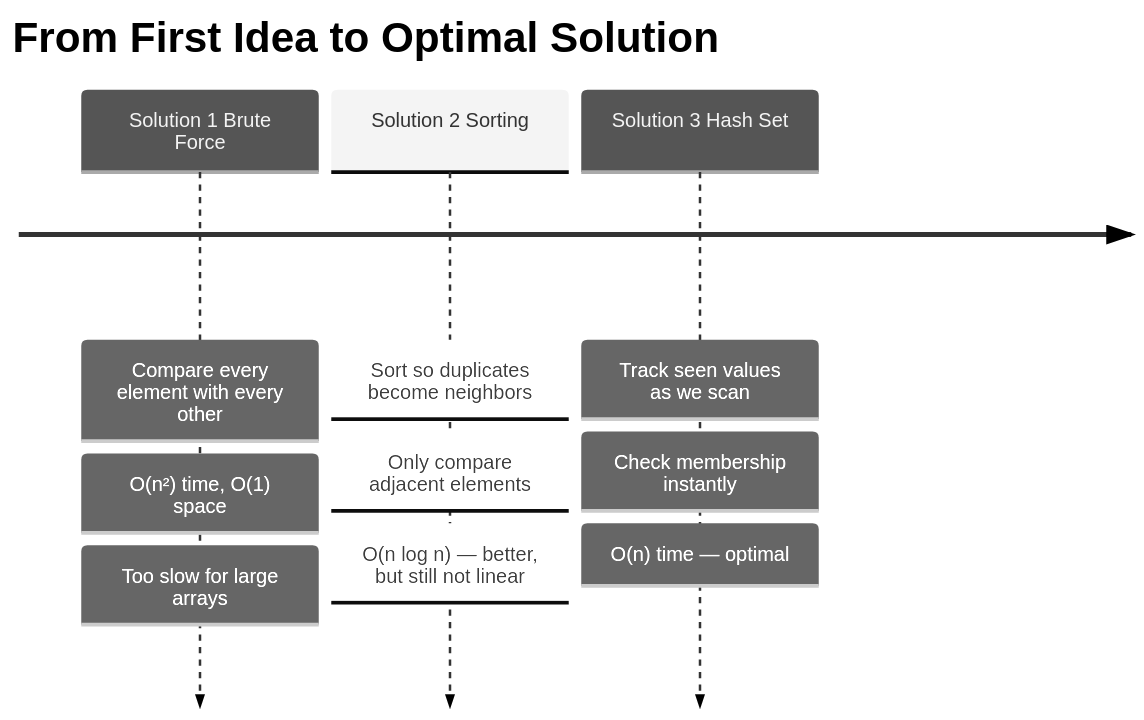
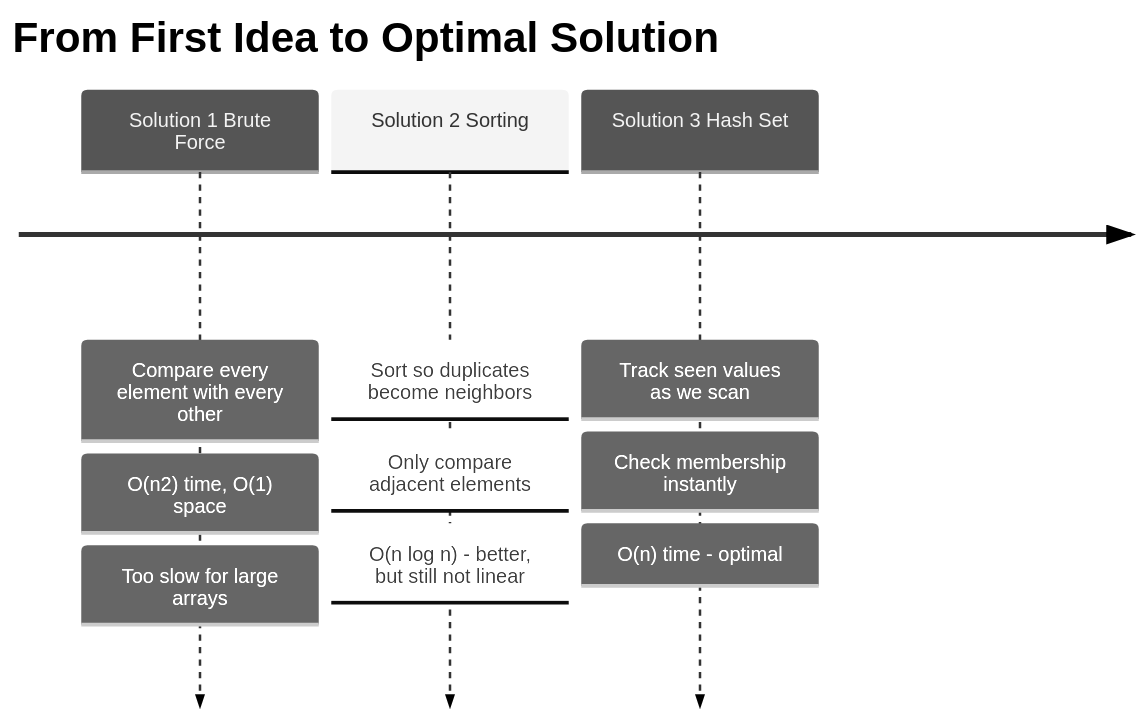
One commit to M-F-Tushar/LeetCode-Problem-Solving changed the fourth of 13 diagrams in 02 - Contains Duplicate/README.md. Above: the diagram before and after it, drawn with Mermaid (neutral theme). The commit also changed other lines of this file and 6 other files, not shown here.

Commit message:
fix diagram rendering

````diff
--- a/02 - Contains Duplicate/README.md
+++ b/02 - Contains Duplicate/README.md
@@ -81,19 +81,19 @@
 ```mermaid
 timeline
     title From First Idea to Optimal Solution
 
     Solution 1 Brute Force
         : Compare every element with every other
-        : O(n²) time, O(1) space
+        : O(n2) time, O(1) space
         : Too slow for large arrays
 
     Solution 2 Sorting
         : Sort so duplicates become neighbors
         : Only compare adjacent elements
-        : O(n log n) — better, but still not linear
+        : O(n log n)  -  better, but still not linear
 
     Solution 3 Hash Set
         : Track seen values as we scan
         : Check membership instantly
-        : O(n) time — optimal
+        : O(n) time  -  optimal
 ```
````
